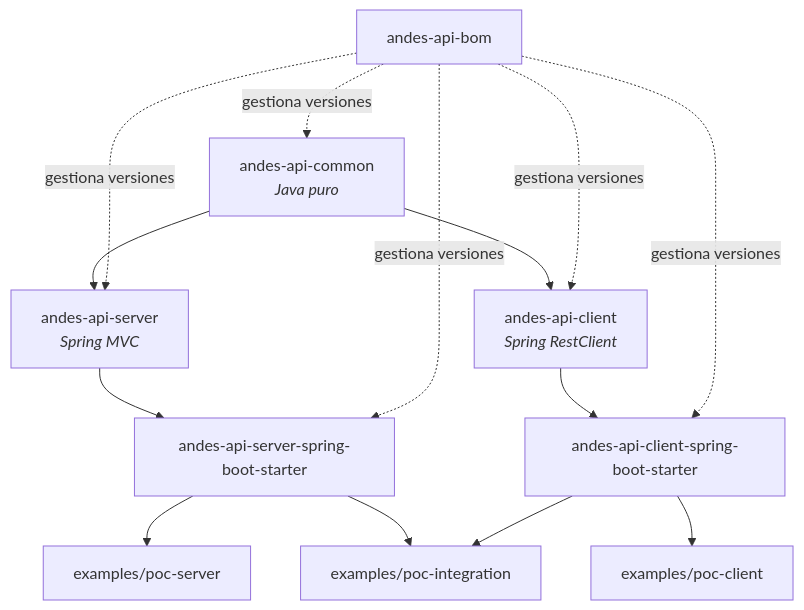
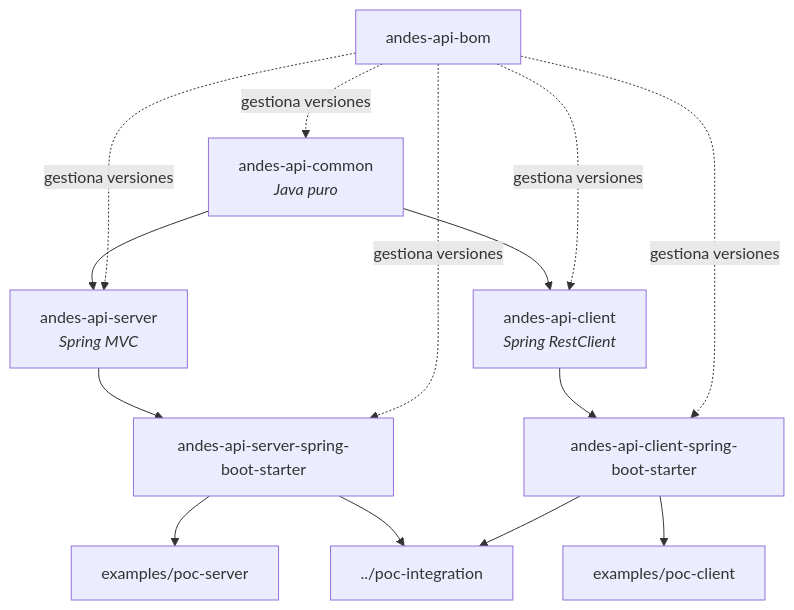
The diagram in andes-api-toolkit/README.md (AdrianN17/ProyectoFinalLibreriaGT), drawn with Mermaid before and after one commit. The commit also changed other lines of this file and 63 other files, not shown here.

````diff
--- a/andes-api-toolkit/README.md
+++ b/andes-api-toolkit/README.md
@@ -49,25 +49,25 @@
 ```mermaid
 graph TD
     Common[andes-api-common<br/><i>Java puro</i>]
     Server[andes-api-server<br/><i>Spring MVC</i>]
     Client[andes-api-client<br/><i>Spring RestClient</i>]
     ServerStarter[andes-api-server-spring-boot-starter]
     ClientStarter[andes-api-client-spring-boot-starter]
     BOM[andes-api-bom]
 
     Common --> Server
     Common --> Client
     Server --> ServerStarter
     Client --> ClientStarter
 
     ServerStarter --> PocServer[examples/poc-server]
     ClientStarter --> PocClient[examples/poc-client]
-    ServerStarter --> PocIntegration[examples/poc-integration]
+    ServerStarter --> PocIntegration[../poc-integration]
     ClientStarter --> PocIntegration
 
     BOM -.gestiona versiones.-> Common
     BOM -.gestiona versiones.-> Server
     BOM -.gestiona versiones.-> Client
     BOM -.gestiona versiones.-> ServerStarter
     BOM -.gestiona versiones.-> ClientStarter
 ```
````
